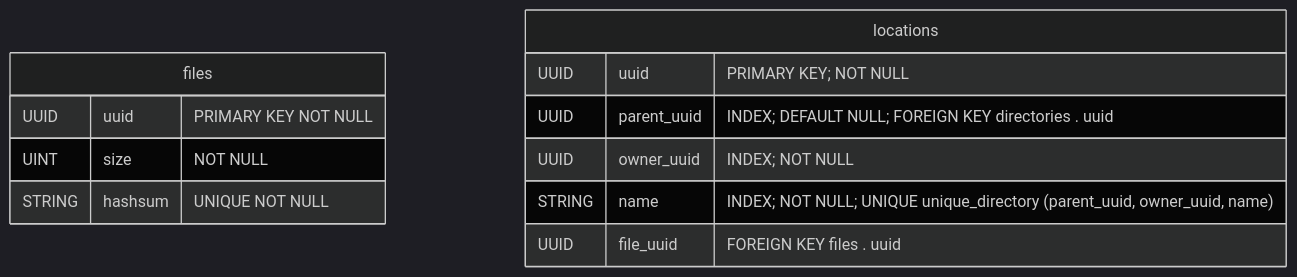
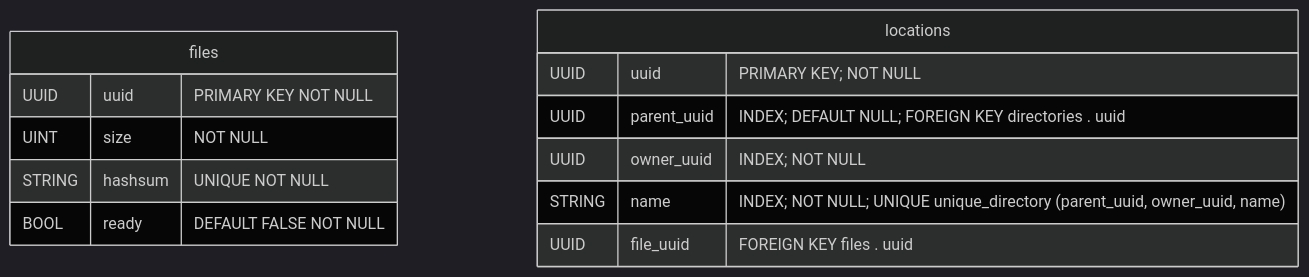
The third of 4 diagrams in Database.md (hawks-atlanta/docs), drawn with Mermaid (dark theme) before and after one commit. The commit also changed other lines of this file and 1 other file, not shown here.

Commit message:
docs: added make ready functionality for workers

````diff
--- a/Database.md
+++ b/Database.md
@@ -74,16 +74,17 @@
 ```mermaid
 erDiagram
     files {
     	UUID   uuid    "PRIMARY KEY NOT NULL"
     	UINT   size    "NOT NULL"
     	STRING hashsum "UNIQUE NOT NULL"
+    	BOOL   ready   "DEFAULT FALSE NOT NULL"
     }
     
     locations {
     	UUID   uuid         "PRIMARY KEY; NOT NULL"
     	UUID   parent_uuid  "INDEX; DEFAULT NULL; FOREIGN KEY directories . uuid"
     	UUID   owner_uuid   "INDEX; NOT NULL"
     	STRING name         "INDEX; NOT NULL; UNIQUE unique_directory (parent_uuid, owner_uuid, name)"
     	UUID   file_uuid    "FOREIGN KEY files . uuid"
     }
 ```
````
